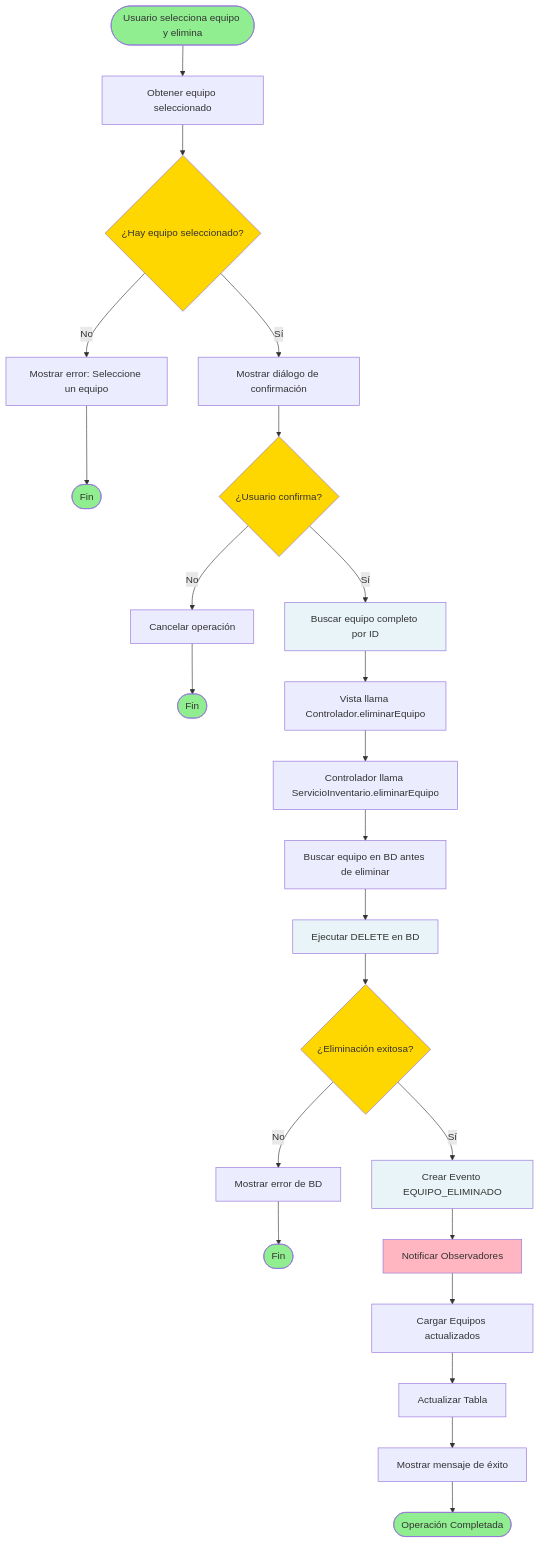
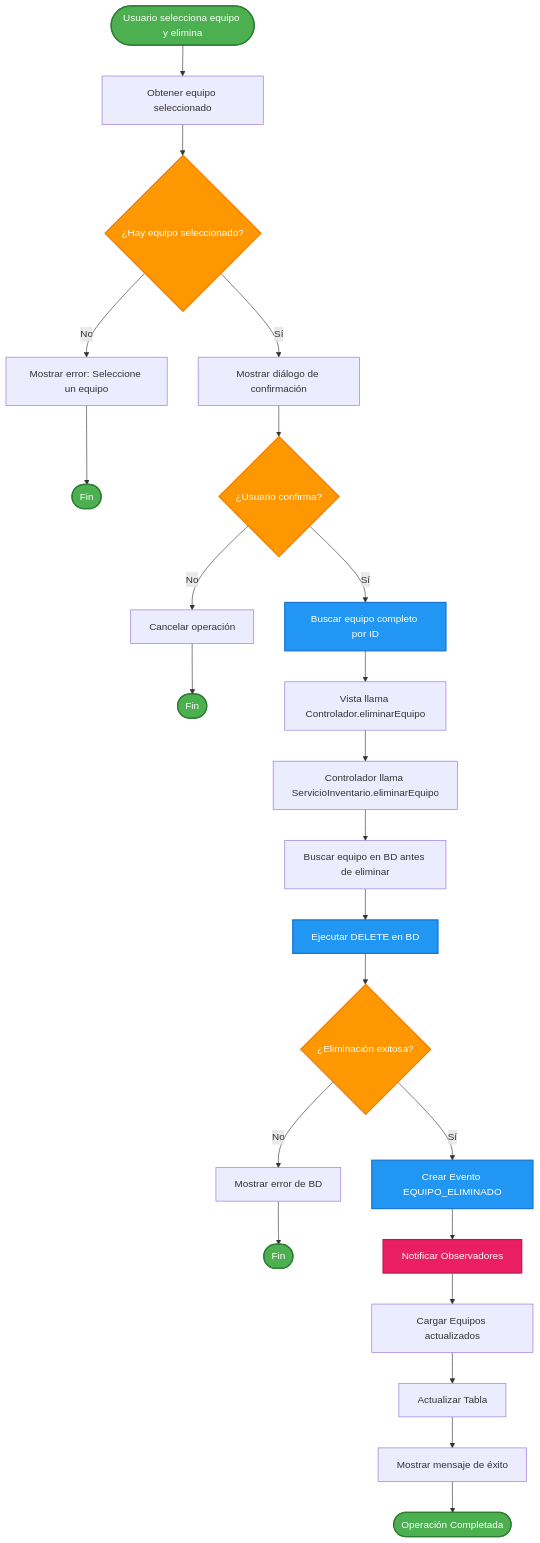
Before and after one commit to EduardoMorales-05/LP3-G04-SG03: the sixth of 6 diagrams in Dfd.md, drawn with Mermaid. The commit also changed other lines of this file, not shown here.

````diff
--- a/Dfd.md
+++ b/Dfd.md
@@ -216,38 +216,38 @@
 ```mermaid
 flowchart TD
     Start([Usuario selecciona equipo y elimina]) --> ObtenerSeleccion[Obtener equipo seleccionado]
     ObtenerSeleccion --> HaySeleccion{¿Hay equipo seleccionado?}
     HaySeleccion -->|No| MostrarError[Mostrar error: Seleccione un equipo]
     MostrarError --> End1([Fin])
     HaySeleccion -->|Sí| MostrarConfirmacion[Mostrar diálogo de confirmación]
     MostrarConfirmacion --> UsuarioConfirma{¿Usuario confirma?}
     UsuarioConfirma -->|No| Cancelar[Cancelar operación]
     Cancelar --> End2([Fin])
     UsuarioConfirma -->|Sí| BuscarEquipo[Buscar equipo completo por ID]
     BuscarEquipo --> LlamarControlador[Vista llama Controlador.eliminarEquipo]
     LlamarControlador --> LlamarServicio[Controlador llama ServicioInventario.eliminarEquipo]
     LlamarServicio --> BuscarEquipoBD[Buscar equipo en BD antes de eliminar]
     BuscarEquipoBD --> EliminarBD[Ejecutar DELETE en BD]
     EliminarBD --> EliminacionExitosa{¿Eliminación exitosa?}
     EliminacionExitosa -->|No| MostrarErrorBD[Mostrar error de BD]
     MostrarErrorBD --> End3([Fin])
     EliminacionExitosa -->|Sí| CrearEvento[Crear Evento EQUIPO_ELIMINADO]
     CrearEvento --> NotificarObservadores[Notificar Observadores]
     NotificarObservadores --> CargarEquipos[Cargar Equipos actualizados]
     CargarEquipos --> ActualizarTabla[Actualizar Tabla]
     ActualizarTabla --> MostrarExito[Mostrar mensaje de éxito]
     MostrarExito --> End4([Operación Completada])
     
-    style Start fill:#90EE90
-    style End1 fill:#90EE90
-    style End2 fill:#90EE90
-    style End3 fill:#90EE90
-    style End4 fill:#90EE90
-    style HaySeleccion fill:#FFD700
-    style UsuarioConfirma fill:#FFD700
-    style EliminacionExitosa fill:#FFD700
-    style NotificarObservadores fill:#FFB6C1
-    style BuscarEquipo fill:#E8F4F8
-    style EliminarBD fill:#E8F4F8
-    style CrearEvento fill:#E8F4F8
+    style Start fill:#4CAF50,stroke:#2E7D32,stroke-width:2px,color:#fff
+    style End1 fill:#4CAF50,stroke:#2E7D32,stroke-width:2px,color:#fff
+    style End2 fill:#4CAF50,stroke:#2E7D32,stroke-width:2px,color:#fff
+    style End3 fill:#4CAF50,stroke:#2E7D32,stroke-width:2px,color:#fff
+    style End4 fill:#4CAF50,stroke:#2E7D32,stroke-width:2px,color:#fff
+    style HaySeleccion fill:#FF9800,stroke:#F57C00,stroke-width:2px,color:#fff
+    style UsuarioConfirma fill:#FF9800,stroke:#F57C00,stroke-width:2px,color:#fff
+    style EliminacionExitosa fill:#FF9800,stroke:#F57C00,stroke-width:2px,color:#fff
+    style NotificarObservadores fill:#E91E63,stroke:#C2185B,stroke-width:2px,color:#fff
+    style BuscarEquipo fill:#2196F3,stroke:#1976D2,stroke-width:2px,color:#fff
+    style EliminarBD fill:#2196F3,stroke:#1976D2,stroke-width:2px,color:#fff
+    style CrearEvento fill:#2196F3,stroke:#1976D2,stroke-width:2px,color:#fff
 ```
````
